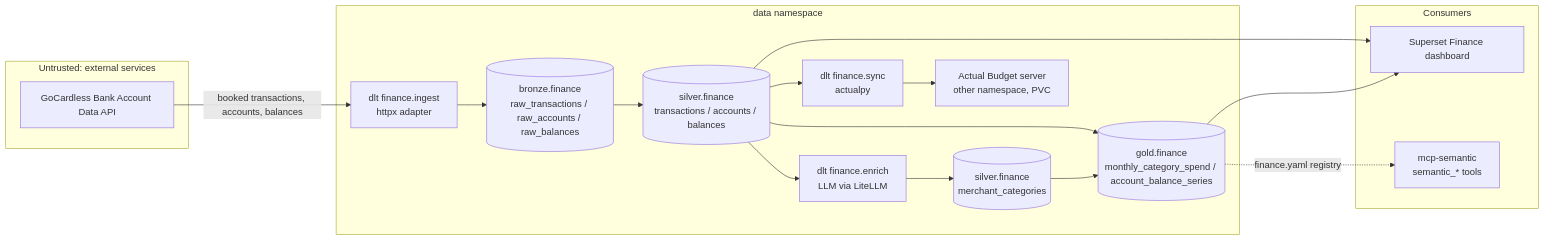
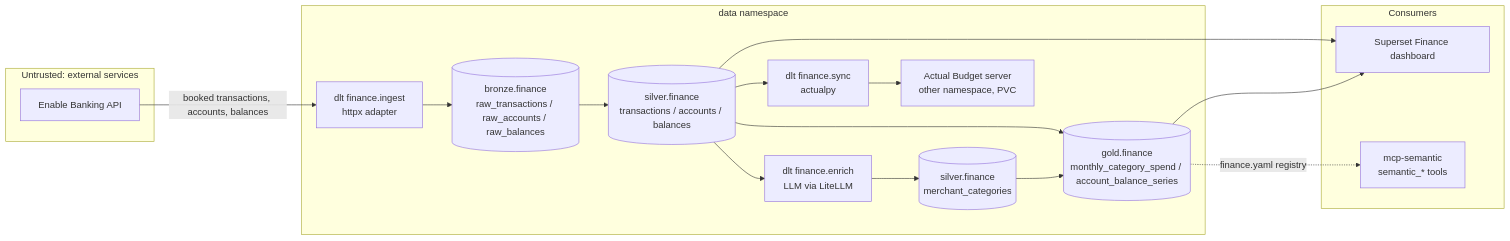
The diagram in docs/specs/005-personal-finance-datalake.md (datahub-local/datahub-local-ai), drawn with Mermaid before and after one commit. The commit also changed other lines of this file, not shown here.

Commit message:
docs(spec): update personal finance datalake spec for Enable Banking provider

````diff
--- a/docs/specs/005-personal-finance-datalake.md
+++ b/docs/specs/005-personal-finance-datalake.md
@@ -167,32 +181,32 @@
 ```mermaid
 flowchart LR
     subgraph external [Untrusted: external services]
-        GC[GoCardless Bank Account Data API]
+        EB[Enable Banking API]
     end
 
     subgraph cluster [data namespace]
         ING[dlt finance.ingest\nhttpx adapter]
         BR[(bronze.finance\nraw_transactions / raw_accounts / raw_balances)]
         SIL[(silver.finance\ntransactions / accounts / balances)]
         ENR[dlt finance.enrich\nLLM via LiteLLM]
         MC[(silver.finance\nmerchant_categories)]
         GLD[(gold.finance\nmonthly_category_spend / account_balance_series)]
         SYN[dlt finance.sync\nactualpy]
         AB[Actual Budget server\nother namespace, PVC]
     end
 
     subgraph consumers [Consumers]
         SS[Superset Finance dashboard]
         SEM[mcp-semantic\nsemantic_* tools]
     end
 
-    GC -->|booked transactions, accounts, balances| ING
+    EB -->|booked transactions, accounts, balances| ING
     ING --> BR --> SIL
     SIL --> ENR --> MC
     SIL --> GLD
     MC --> GLD
     SIL --> SYN --> AB
     SIL --> SS
     GLD --> SS
     GLD -.->|finance.yaml registry| SEM
 ```
````
